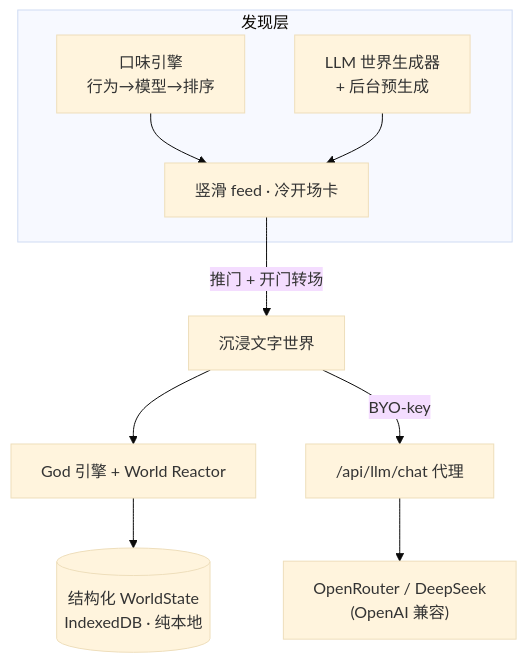
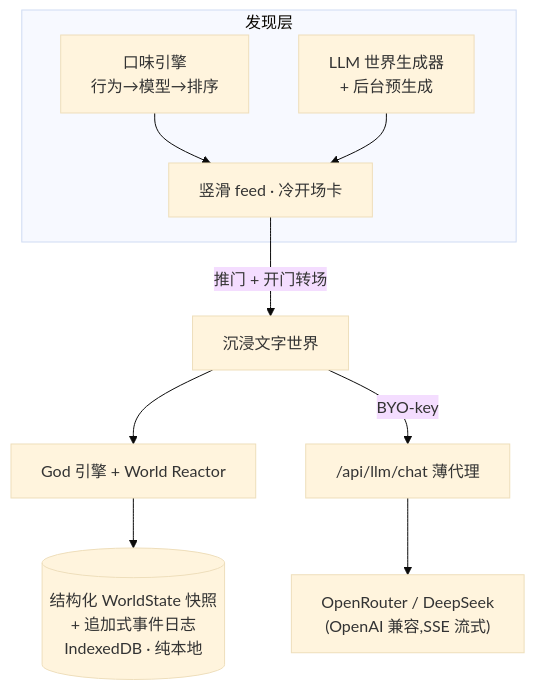
The second of 2 diagrams in README.md (s-JoL/anywhere-door), drawn with Mermaid (base theme) before and after one commit. The commit also changed other lines of this file, not shown here.

First line of the commit message:
docs: rewrite README -- first-principle -> consequence example -> tech; drop homage/former-name

````diff
--- a/README.md
+++ b/README.md
@@ -112,12 +141,12 @@
 ```mermaid
 flowchart TB
   subgraph Discover["发现层"]
     Taste["口味引擎<br/>行为→模型→排序"] --> Feed["竖滑 feed · 冷开场卡"]
     Gen["LLM 世界生成器<br/>+ 后台预生成"] --> Feed
   end
   Feed -->|推门 + 开门转场| Play["沉浸文字世界"]
   Play --> Engine["God 引擎 + World Reactor"]
-  Engine --> State[("结构化 WorldState<br/>IndexedDB · 纯本地")]
-  Play -->|BYO-key| Proxy["/api/llm/chat 代理"]
-  Proxy --> LLM["OpenRouter / DeepSeek<br/>(OpenAI 兼容)"]
+  Engine --> State[("结构化 WorldState 快照<br/>+ 追加式事件日志<br/>IndexedDB · 纯本地")]
+  Play -->|BYO-key| Proxy["/api/llm/chat 薄代理"]
+  Proxy --> LLM["OpenRouter / DeepSeek<br/>(OpenAI 兼容,SSE 流式)"]
 ```
````
